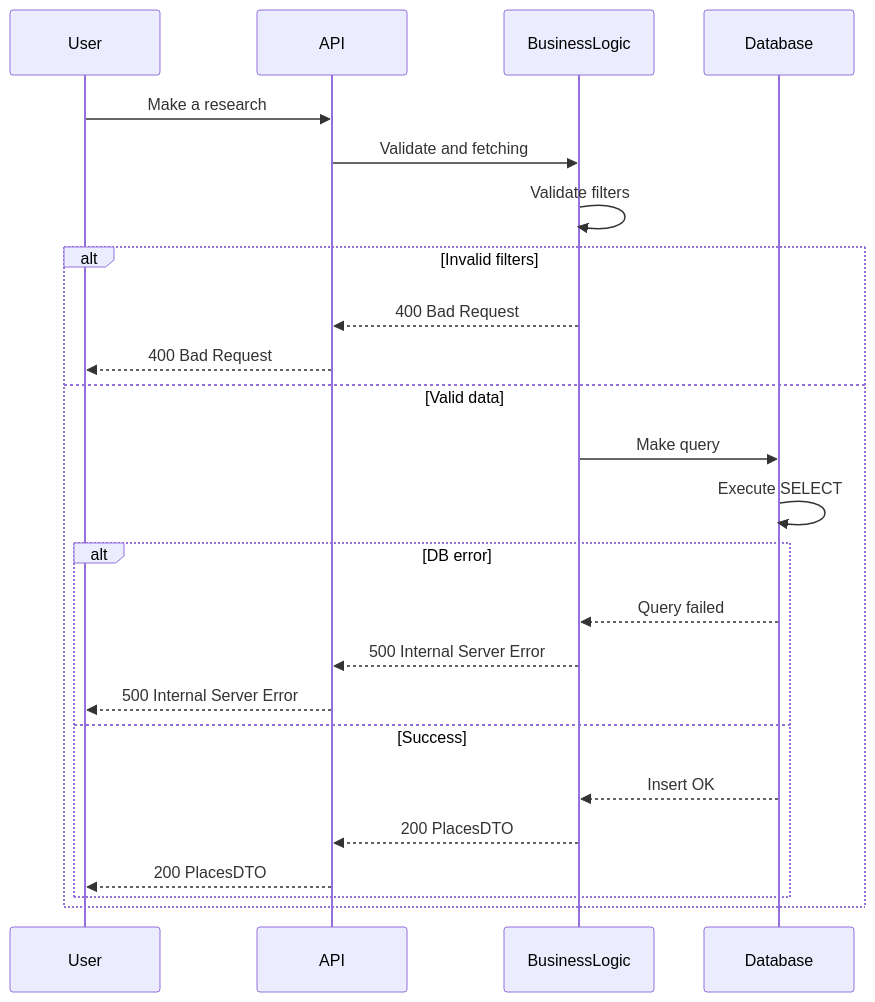
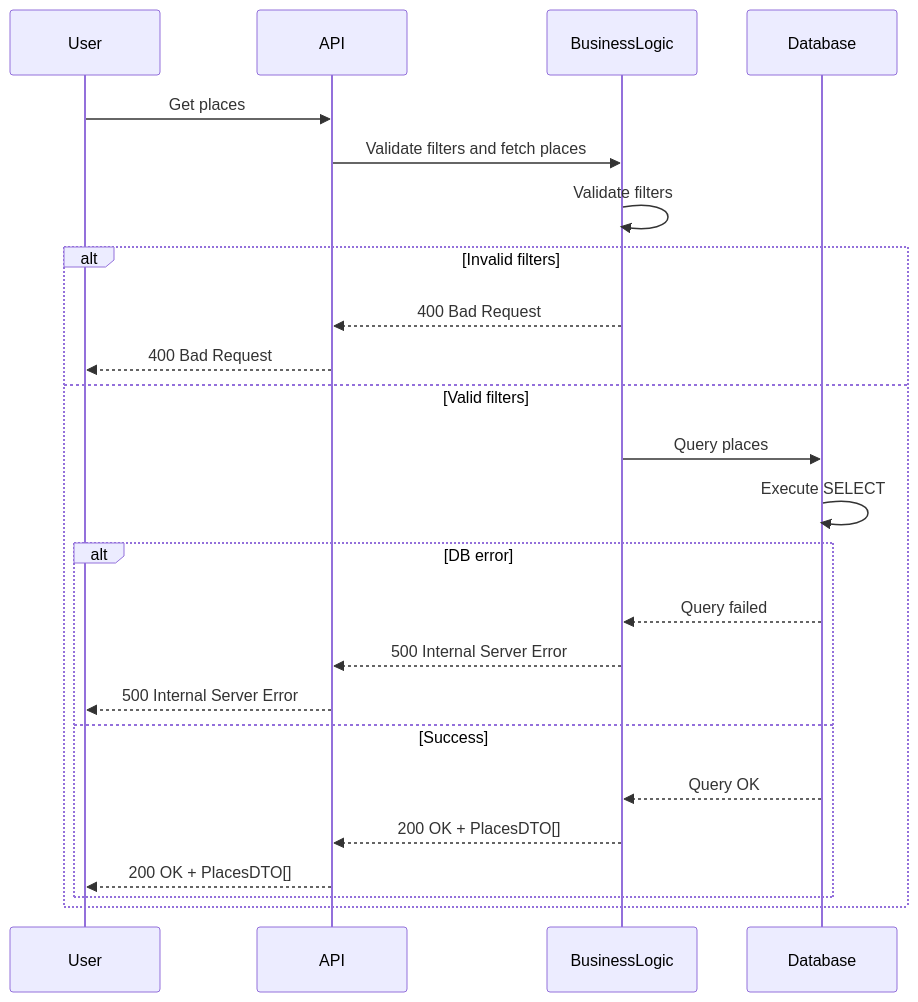
Before and after one commit to AdeleM-prog/holbertonschool-hbnb: the fourth of 4 diagrams in part1/SequenceDiagrams.md, drawn with Mermaid. The commit also changed other lines of this file, not shown here.

First line of the commit message:
Update sequence diagrams with descriptions and rules

````diff
--- a/part1/SequenceDiagrams.md
+++ b/part1/SequenceDiagrams.md
@@ -134,32 +191,32 @@
 ```mermaid
 sequenceDiagram
 
 participant User
 participant API
 participant BusinessLogic
 participant Database
 
-User->>API: Make a research
-API->>BusinessLogic: Validate and fetching
+User->>API: Get places
+API->>BusinessLogic: Validate filters and fetch places
 BusinessLogic->>BusinessLogic: Validate filters
 
 alt Invalid filters
     BusinessLogic-->>API: 400 Bad Request
     API-->>User: 400 Bad Request
 
-else Valid data
-    BusinessLogic->>Database: Make query
+else Valid filters
+    BusinessLogic->>Database: Query places
     Database->>Database: Execute SELECT
 
     alt DB error
         Database-->>BusinessLogic: Query failed
         BusinessLogic-->>API: 500 Internal Server Error
         API-->>User: 500 Internal Server Error
     
     else Success
-        Database-->>BusinessLogic: Insert OK
-        BusinessLogic-->>API: 200 PlacesDTO
-        API-->>User: 200 PlacesDTO
+        Database-->>BusinessLogic: Query OK
+        BusinessLogic-->>API: 200 OK + PlacesDTO[]
+        API-->>User: 200 OK + PlacesDTO[]
     end
 end
 ```
````
